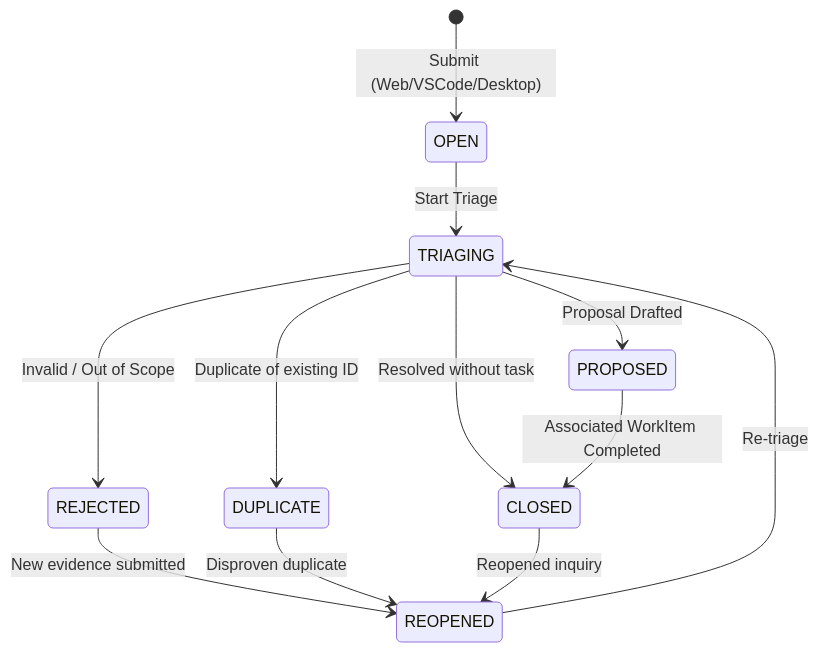
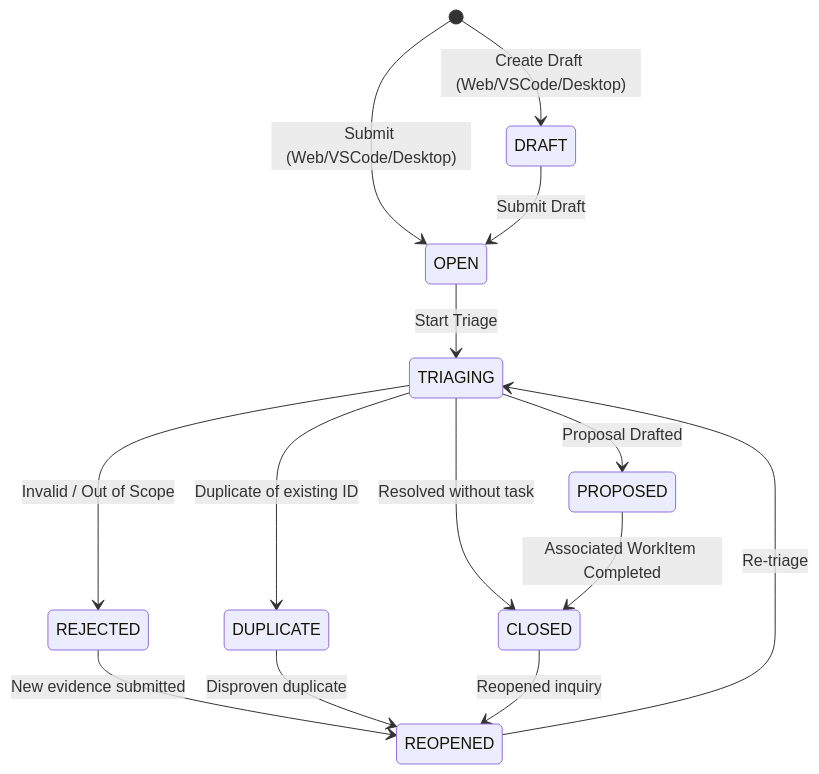
One commit to jacksonsr451/EventFlow changed the third of 8 diagrams in docs/architecture/work-management-workflow.md. Above: the diagram before and after it, drawn with Mermaid. The commit also changed other lines of this file and 36 other files, not shown here.

````diff
--- a/docs/architecture/work-management-workflow.md
+++ b/docs/architecture/work-management-workflow.md
@@ -212,14 +237,16 @@
 ```mermaid
 stateDiagram-v2
+    [*] --> DRAFT: Create Draft (Web/VSCode/Desktop)
     [*] --> OPEN: Submit (Web/VSCode/Desktop)
+    DRAFT --> OPEN: Submit Draft
     OPEN --> TRIAGING: Start Triage
     TRIAGING --> PROPOSED: Proposal Drafted
     TRIAGING --> REJECTED: Invalid / Out of Scope
     TRIAGING --> DUPLICATE: Duplicate of existing ID
     TRIAGING --> CLOSED: Resolved without task
     REJECTED --> REOPENED: New evidence submitted
     DUPLICATE --> REOPENED: Disproven duplicate
     CLOSED --> REOPENED: Reopened inquiry
     REOPENED --> TRIAGING: Re-triage
     PROPOSED --> CLOSED: Associated WorkItem Completed
 ```
````
